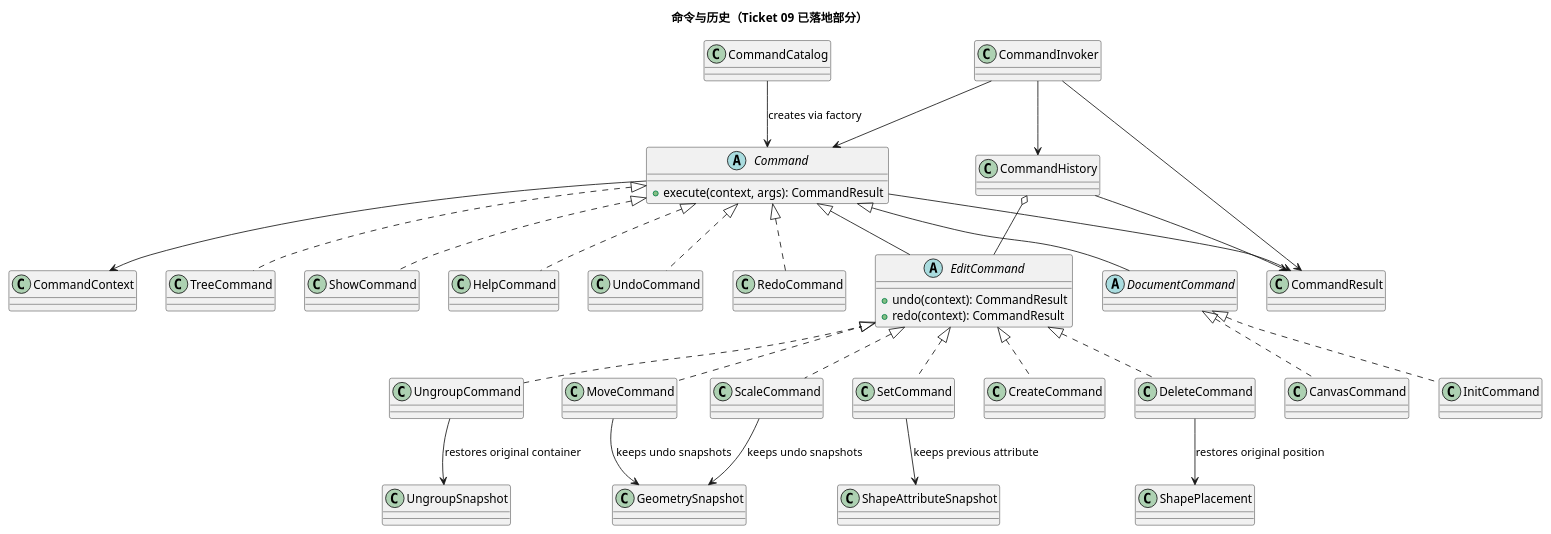
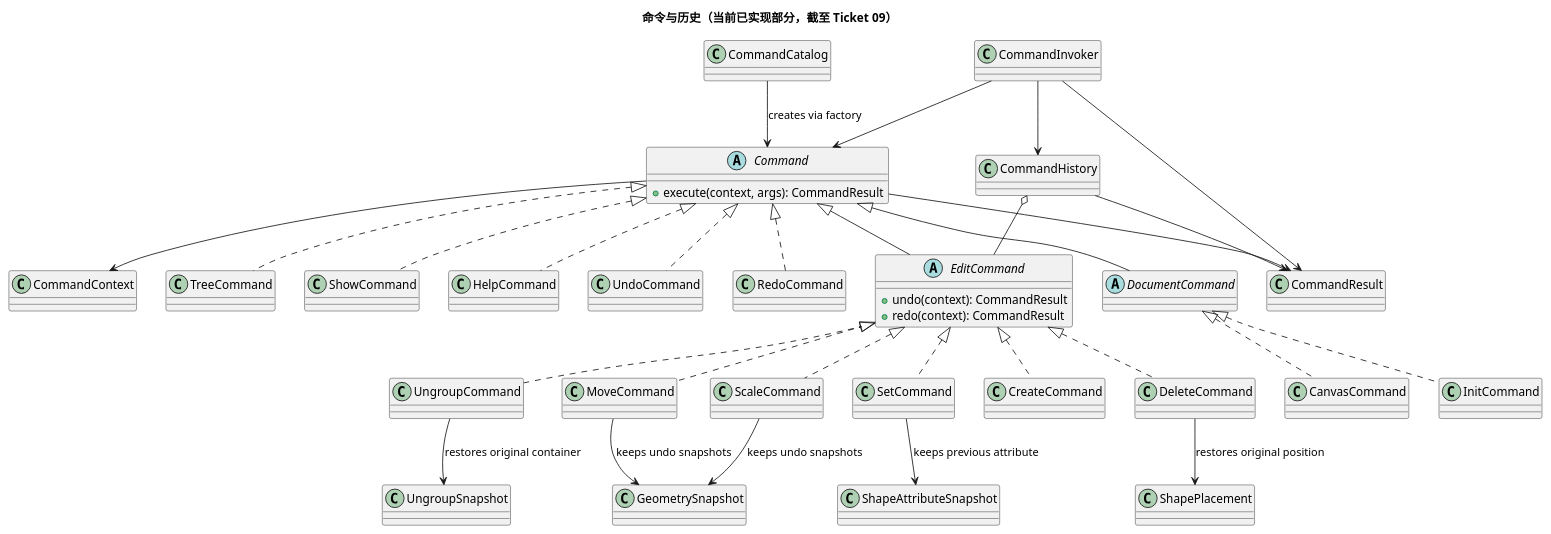
One commit to NQC233/svg-editor-lab1 changed the second of 2 diagrams in doc/class-model.puml. Above: the diagram before and after it, drawn with PlantUML. The commit also changed other lines of this file and 5 other files, not shown here.

```diff
--- a/doc/class-model.puml
+++ b/doc/class-model.puml
@@ -103,66 +103,66 @@
 @startuml
-title 命令与历史（Ticket 09 已落地部分）
+title 命令与历史（当前已实现部分，截至 Ticket 09）
 
 abstract class Command {
   +execute(context, args): CommandResult
 }
 
 abstract class DocumentCommand
 
 abstract class EditCommand {
   +undo(context): CommandResult
   +redo(context): CommandResult
 }
 
 class CommandResult
 class CommandCatalog
 class CommandInvoker
 class CommandHistory
 class CommandContext
 class ShapePlacement
 class UngroupSnapshot
 
 class CreateCommand
 class DeleteCommand
 class UngroupCommand
 class MoveCommand
 class ScaleCommand
 class SetCommand
 class CanvasCommand
 class InitCommand
 class TreeCommand
 class ShowCommand
 class HelpCommand
 class UndoCommand
 class RedoCommand
 
 Command <|-- EditCommand
 Command <|-- DocumentCommand
 EditCommand <|.. CreateCommand
 EditCommand <|.. DeleteCommand
 EditCommand <|.. UngroupCommand
 EditCommand <|.. MoveCommand
 EditCommand <|.. ScaleCommand
 EditCommand <|.. SetCommand
 DocumentCommand <|.. CanvasCommand
 DocumentCommand <|.. InitCommand
 Command <|.. TreeCommand
 Command <|.. ShowCommand
 Command <|.. HelpCommand
 Command <|.. UndoCommand
 Command <|.. RedoCommand
 
 CommandInvoker --> CommandHistory
 CommandInvoker --> Command
 CommandInvoker --> CommandResult
 CommandCatalog --> Command : creates via factory
 CommandHistory o-- EditCommand
 CommandHistory --> CommandResult
 Command --> CommandContext
 Command --> CommandResult
 DeleteCommand --> ShapePlacement : restores original position
 UngroupCommand --> UngroupSnapshot : restores original container
 MoveCommand --> GeometrySnapshot : keeps undo snapshots
 ScaleCommand --> GeometrySnapshot : keeps undo snapshots
 SetCommand --> ShapeAttributeSnapshot : keeps previous attribute
 @enduml
```
